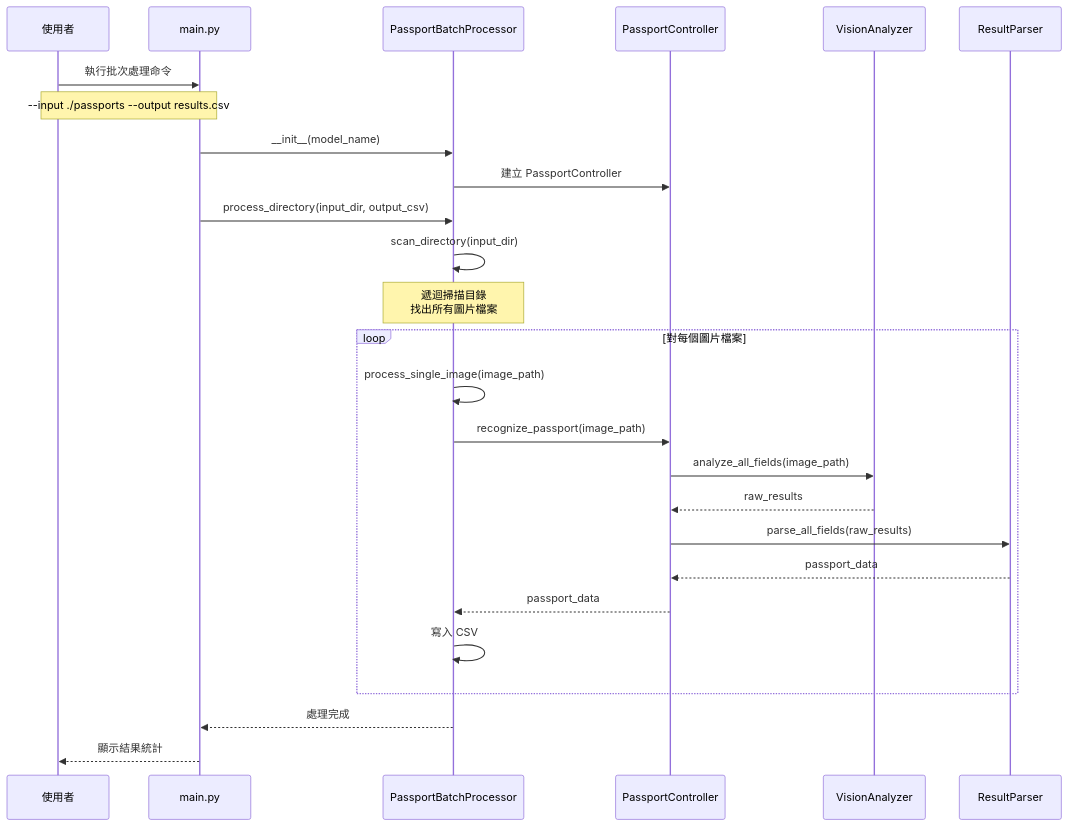
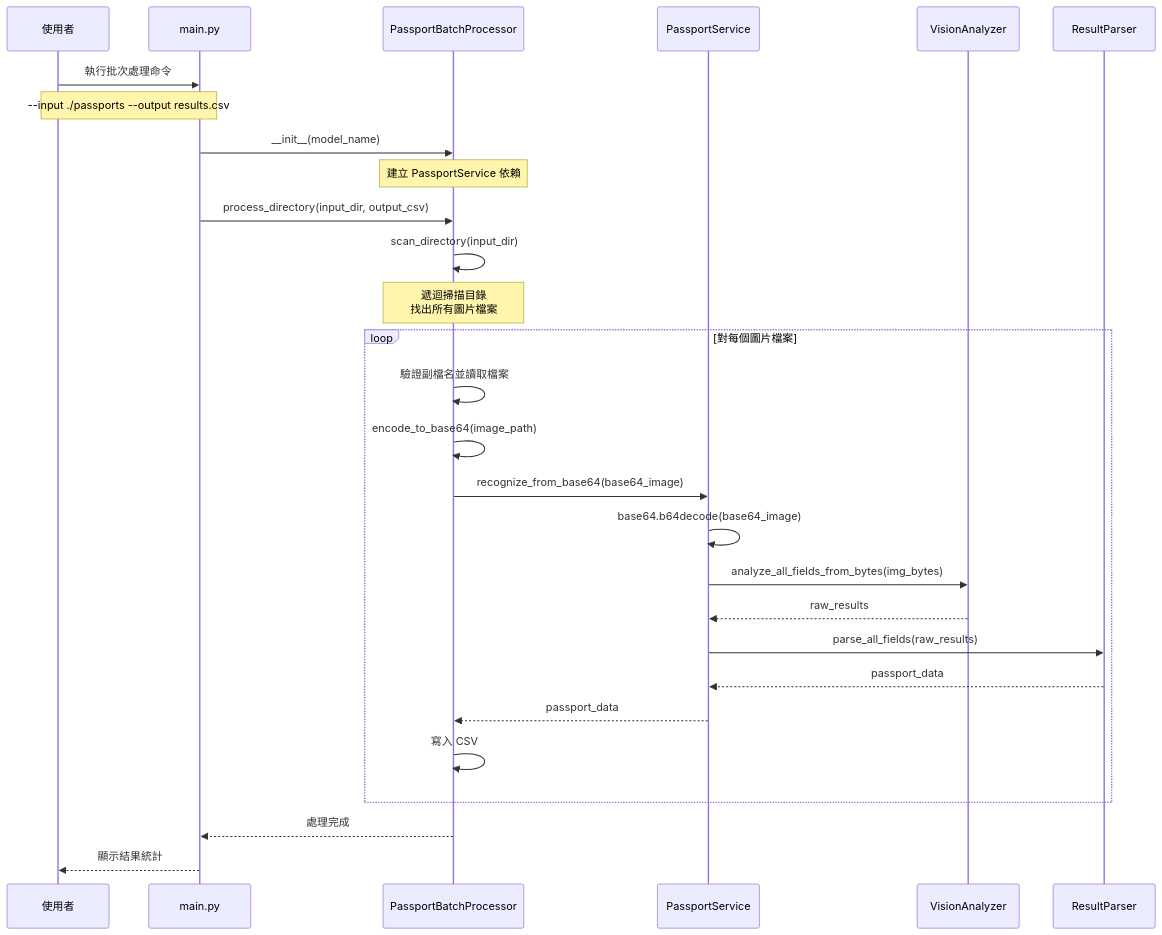
One commit to wu02067602/Passport-image-recognition changed the second of 4 diagrams in 序列圖.md. Above: the diagram before and after it, drawn with Mermaid. The commit also changed other lines of this file and 10 other files, not shown here.

First line of the commit message:
Refactor: Simplify passport recognition and batch processing

````diff
--- a/序列圖.md
+++ b/序列圖.md
@@ -45,37 +45,38 @@
 ```mermaid
 sequenceDiagram
     participant User as 使用者
     participant Main as main.py
     participant Batch as PassportBatchProcessor
-    participant Controller as PassportController
+    participant Service as PassportService
     participant Analyzer as VisionAnalyzer
     participant Parser as ResultParser
     
     User->>Main: 執行批次處理命令
     Note over User,Main: --input ./passports --output results.csv
     
     Main->>Batch: __init__(model_name)
-    Batch->>Controller: 建立 PassportController
+    Note over Batch: 建立 PassportService 依賴
     
     Main->>Batch: process_directory(input_dir, output_csv)
-    
     Batch->>Batch: scan_directory(input_dir)
     Note over Batch: 遞迴掃描目錄<br/>找出所有圖片檔案
     
     loop 對每個圖片檔案
-        Batch->>Batch: process_single_image(image_path)
-        Batch->>Controller: recognize_passport(image_path)
+        Batch->>Batch: 驗證副檔名並讀取檔案
+        Batch->>Batch: encode_to_base64(image_path)
+        Batch->>Service: recognize_from_base64(base64_image)
         
-        Controller->>Analyzer: analyze_all_fields(image_path)
-        Analyzer-->>Controller: raw_results
+        Service->>Service: base64.b64decode(base64_image)
+        Service->>Analyzer: analyze_all_fields_from_bytes(img_bytes)
+        Analyzer-->>Service: raw_results
         
-        Controller->>Parser: parse_all_fields(raw_results)
-        Parser-->>Controller: passport_data
+        Service->>Parser: parse_all_fields(raw_results)
+        Parser-->>Service: passport_data
         
-        Controller-->>Batch: passport_data
+        Service-->>Batch: passport_data
         Batch->>Batch: 寫入 CSV
     end
     
     Batch-->>Main: 處理完成
     Main-->>User: 顯示結果統計
 ```
````
